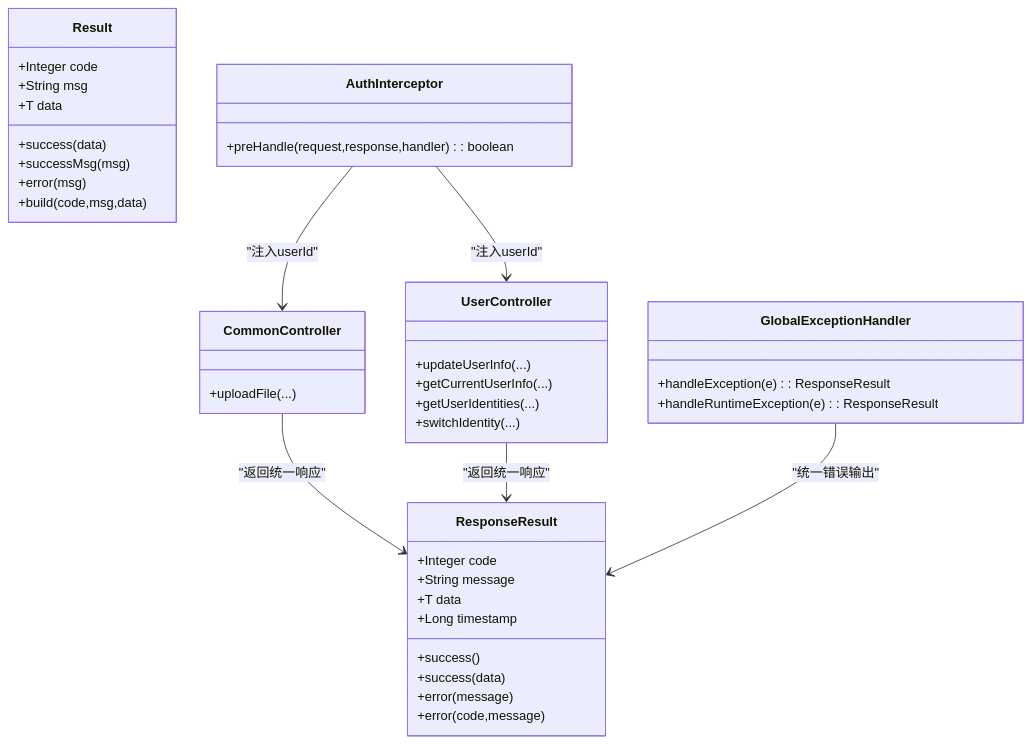
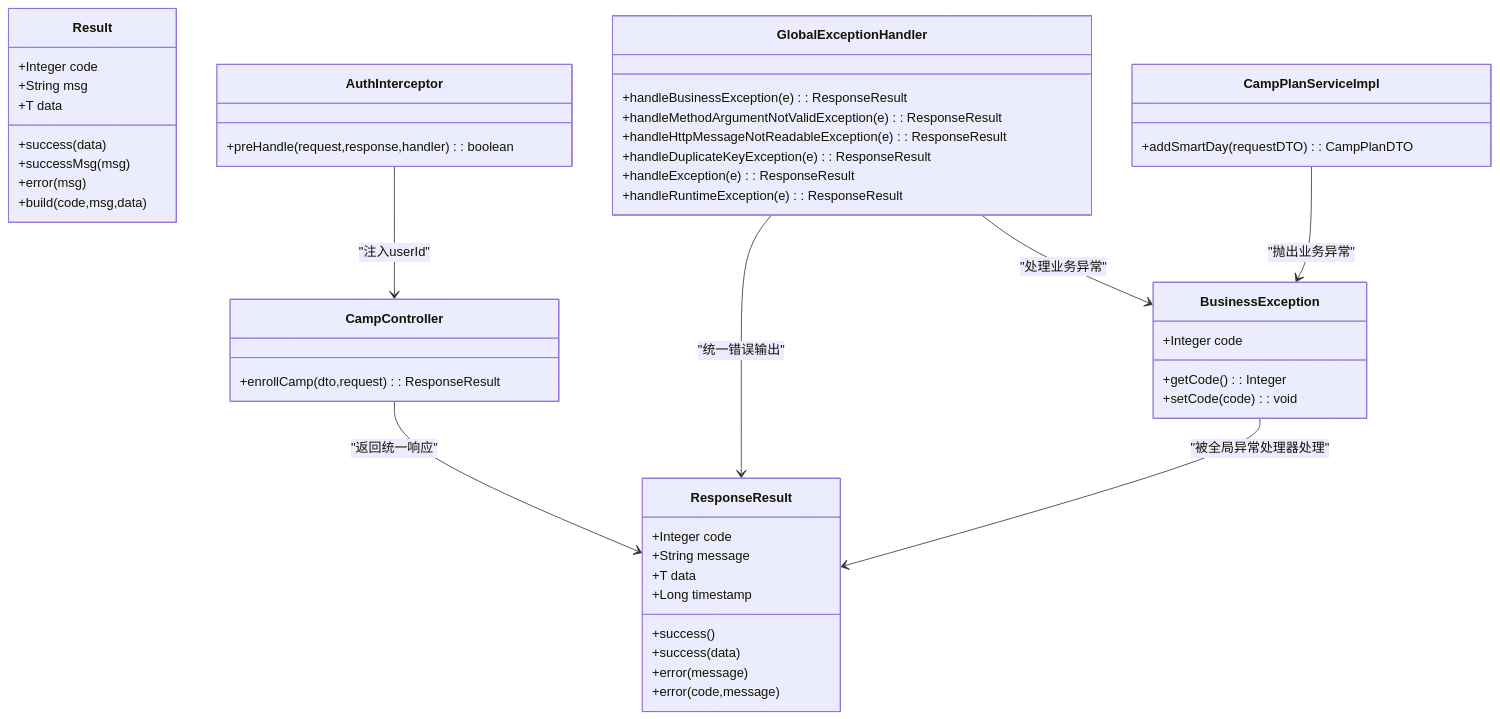
The third of 4 diagrams in .qoder/repowiki/zh/content/架构设计/统一响应与异常处理.md (gaozihaowin/-), drawn with Mermaid before and after one commit. The commit also changed other lines of this file and 10 other files, not shown here.

````diff
--- a/.qoder/repowiki/zh/content/架构设计/统一响应与异常处理.md
+++ b/.qoder/repowiki/zh/content/架构设计/统一响应与异常处理.md
@@ -204,43 +270,50 @@
 ```mermaid
 classDiagram
 class ResponseResult {
 +Integer code
 +String message
 +T data
 +Long timestamp
 +success()
 +success(data)
 +error(message)
 +error(code,message)
 }
 class Result {
 +Integer code
 +String msg
 +T data
 +success(data)
 +successMsg(msg)
 +error(msg)
 +build(code,msg,data)
 }
 class GlobalExceptionHandler {
++handleBusinessException(e) : ResponseResult
++handleMethodArgumentNotValidException(e) : ResponseResult
++handleHttpMessageNotReadableException(e) : ResponseResult
++handleDuplicateKeyException(e) : ResponseResult
 +handleException(e) : ResponseResult
 +handleRuntimeException(e) : ResponseResult
+}
+class BusinessException {
++Integer code
++getCode() : Integer
++setCode(code) : void
 }
 class AuthInterceptor {
 +preHandle(request,response,handler) : boolean
 }
-class CommonController {
-+uploadFile(...)
+class CampController {
++enrollCamp(dto,request) : ResponseResult
 }
-class UserController {
-+updateUserInfo(...)
-+getCurrentUserInfo(...)
-+getUserIdentities(...)
-+switchIdentity(...)
+class CampPlanServiceImpl {
++addSmartDay(requestDTO) : CampPlanDTO
 }
-CommonController --> ResponseResult : "返回统一响应"
-UserController --> ResponseResult : "返回统一响应"
+CampController --> ResponseResult : "返回统一响应"
 GlobalExceptionHandler --> ResponseResult : "统一错误输出"
-AuthInterceptor --> UserController : "注入userId"
-AuthInterceptor --> CommonController : "注入userId"
+GlobalExceptionHandler --> BusinessException : "处理业务异常"
+BusinessException --> ResponseResult : "被全局异常处理器处理"
+CampPlanServiceImpl --> BusinessException : "抛出业务异常"
+AuthInterceptor --> CampController : "注入userId"
 ```
````
